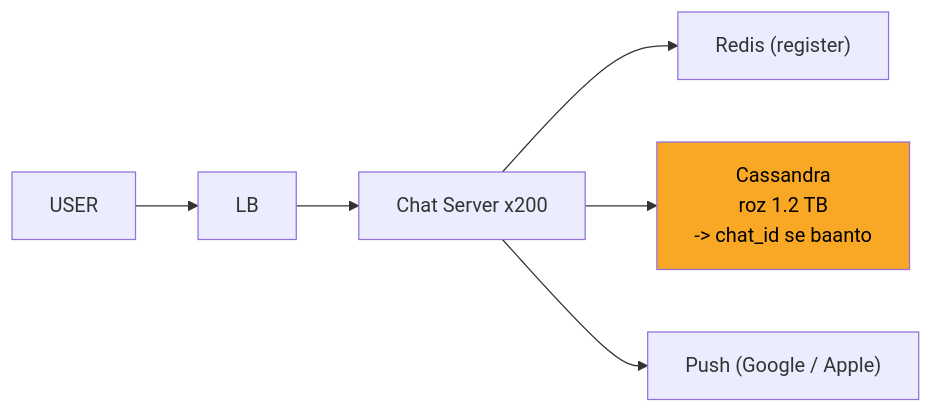
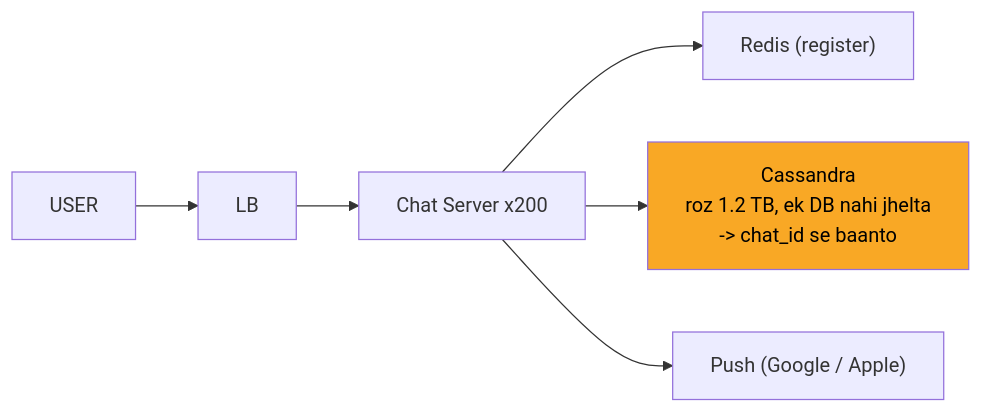
The fifth of 12 diagrams in 04_HLD/SYSTEM_DESIGNS/14_chat_messaging/14_chat_messaging.md (ArpanMaheshwari144/Prep), drawn with Mermaid before and after one commit. The commit also changed other lines of this file, not shown here.

Commit message:
chat: audit fixes (msg_ts until card 6 brings seq, real NAHI answers, longer yellow labels, LB yellow, archetype footer, JAD KI BAAT moved)

````diff
--- a/04_HLD/SYSTEM_DESIGNS/14_chat_messaging/14_chat_messaging.md
+++ b/04_HLD/SYSTEM_DESIGNS/14_chat_messaging/14_chat_messaging.md
@@ -219,15 +210,15 @@
 ```mermaid
 flowchart LR
     n_U["USER"]
     n_LB["LB"]
     n_CS["Chat Server x200"]
     n_R["Redis (register)"]
-    n_CA["Cassandra<br/>roz 1.2 TB<br/>-> chat_id se baanto"]
+    n_CA["Cassandra<br/>roz 1.2 TB, ek DB nahi jhelta<br/>-> chat_id se baanto"]
     n_P["Push (Google / Apple)"]
     n_U --> n_LB
     n_LB --> n_CS
     n_CS --> n_R
     n_CS --> n_CA
     n_CS --> n_P
     style n_CA fill:#f9a825,color:#000
 ```
````
